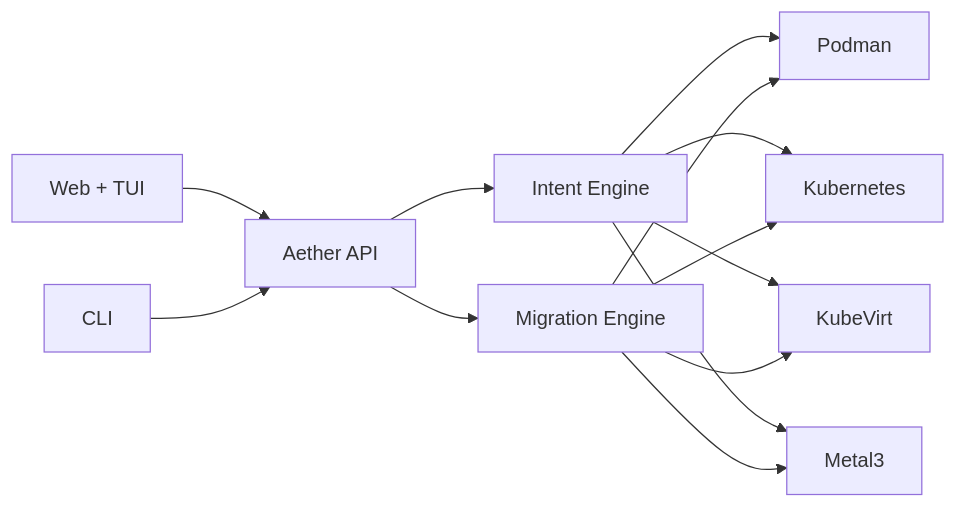
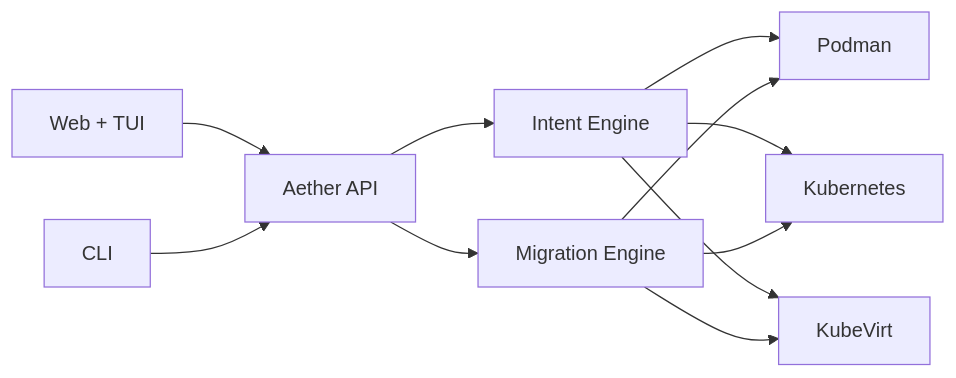
Before and after one commit to zyvorai/Aether: the diagram in README.md, drawn with Mermaid. The commit also changed other lines of this file and 149 other files, not shown here.

````diff
--- a/README.md
+++ b/README.md
@@ -110,15 +110,13 @@
 ```mermaid
 flowchart LR
   UI[Web + TUI] --> API[Aether API]
   CLI[CLI] --> API
   API --> Intent[Intent Engine]
   API --> Mig[Migration Engine]
   Intent --> Podman[Podman]
   Intent --> K8s[Kubernetes]
   Intent --> KV[KubeVirt]
-  Intent --> M3[Metal3]
   Mig --> Podman
   Mig --> K8s
   Mig --> KV
-  Mig --> M3
 ```
````
